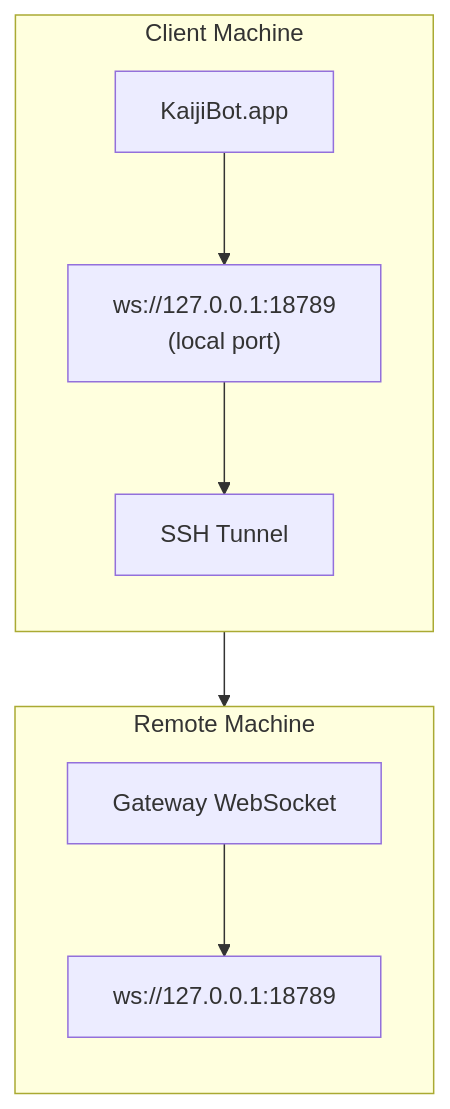
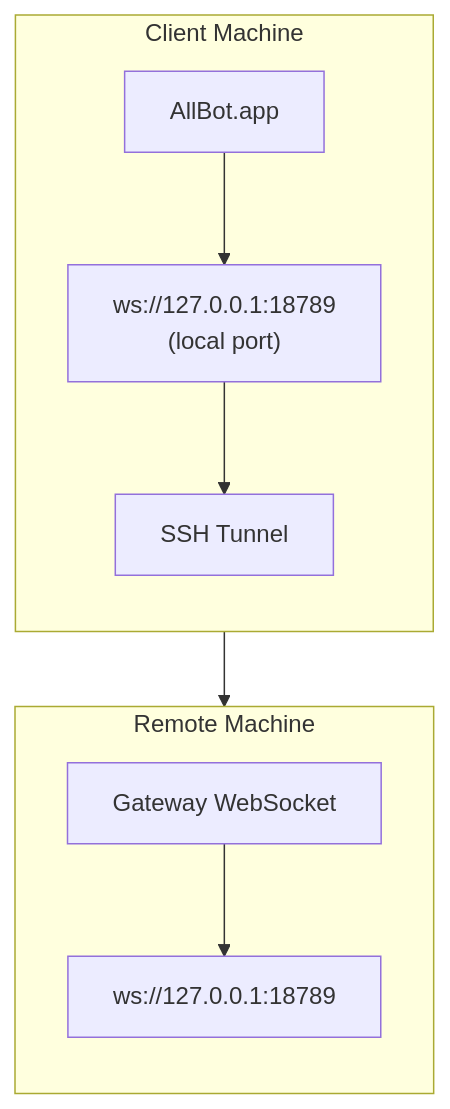
One commit to SxLiuYu/allbot changed the diagram in docs/gateway/remote-gateway-readme.md. Above: the diagram before and after it, drawn with Mermaid. The commit also changed other lines of this file and 4650 other files, not shown here.

First line of the commit message:
refactor: rename project to AllBot

````diff
--- a/docs/gateway/remote-gateway-readme.md
+++ b/docs/gateway/remote-gateway-readme.md
@@ -15,20 +15,20 @@
 ```mermaid
 flowchart TB
     subgraph Client["Client Machine"]
         direction TB
-        A["KaijiBot.app"]
+        A["AllBot.app"]
         B["ws://127.0.0.1:18789\n(local port)"]
         T["SSH Tunnel"]
 
         A --> B
         B --> T
     end
     subgraph Remote["Remote Machine"]
         direction TB
         C["Gateway WebSocket"]
         D["ws://127.0.0.1:18789"]
 
         C --> D
     end
     T --> C
 ```
````
